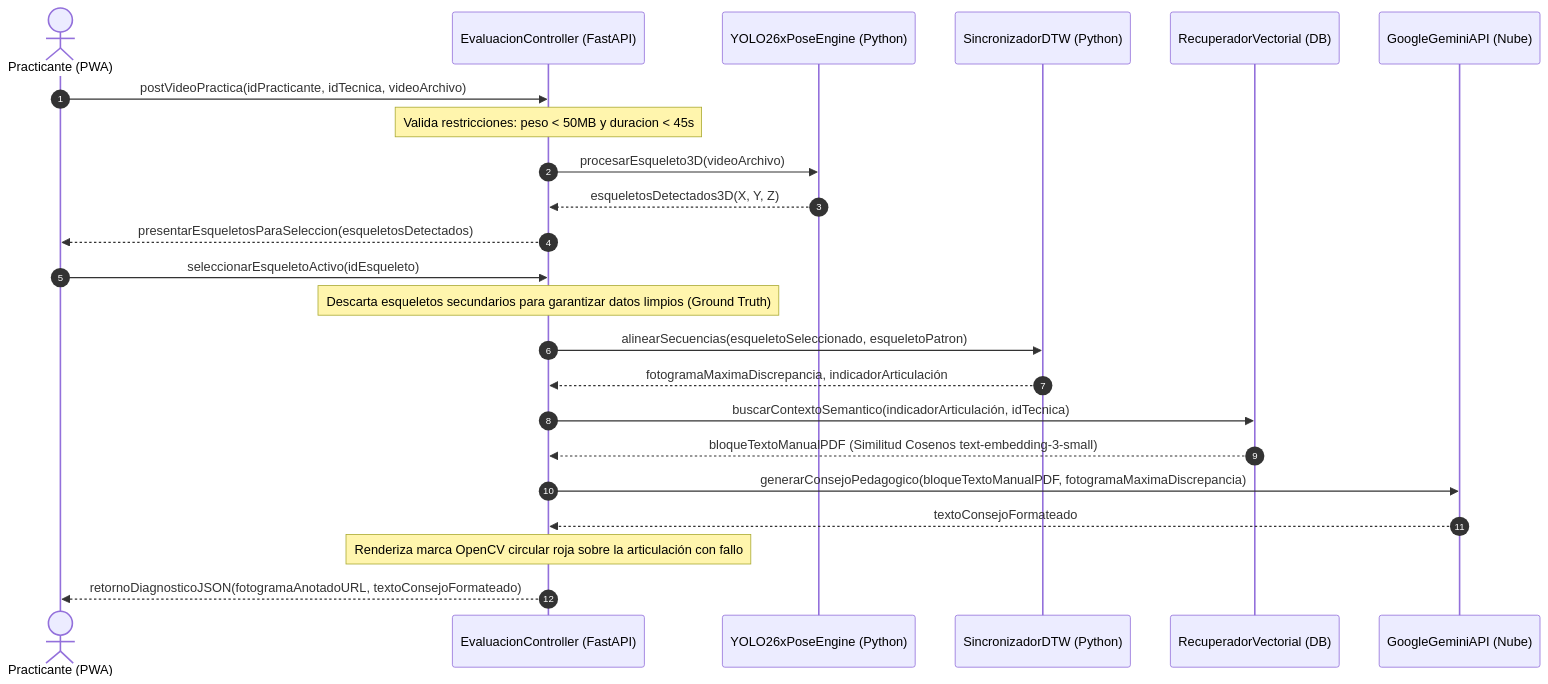
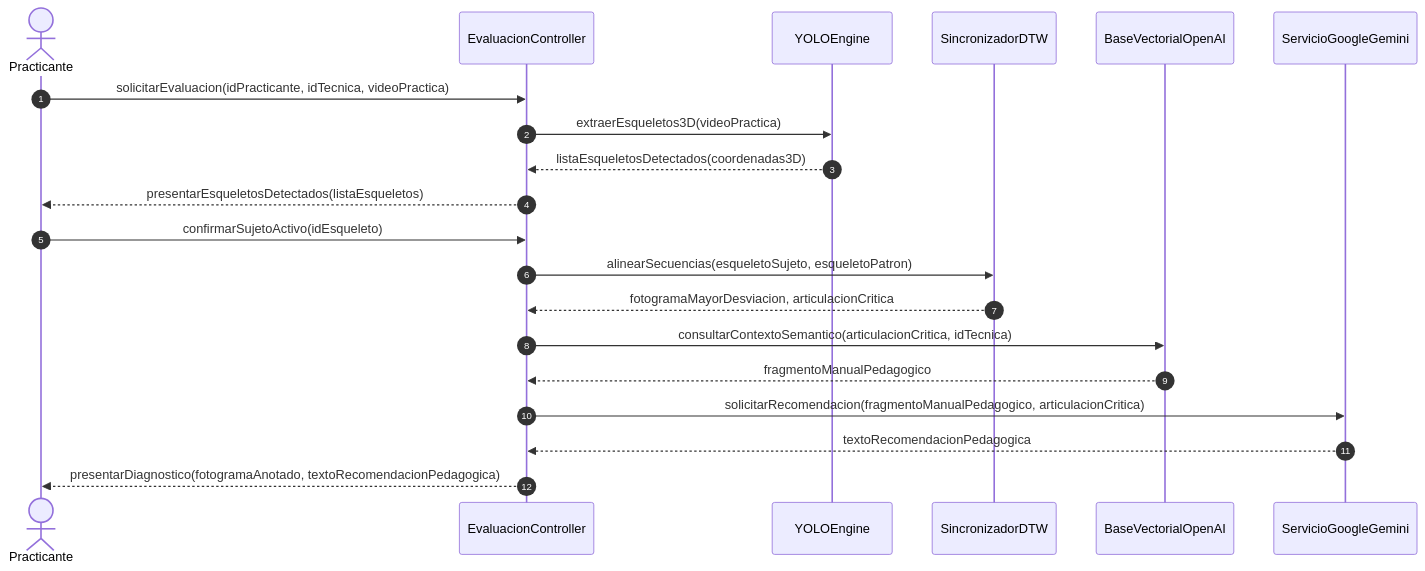
Before and after one commit to Tsmrain/JiuJitsu: the sixth of 7 diagrams in README.md, drawn with Mermaid. The commit also changed other lines of this file, not shown here.

````diff
--- a/README.md
+++ b/README.md
@@ -504,26 +524,23 @@
 ```mermaid
 sequenceDiagram
     autonumber
-    actor P as Practicante (PWA)
-    participant C as EvaluacionController (FastAPI)
-    participant V as YOLO26xPoseEngine (Python)
-    participant D as SincronizadorDTW (Python)
-    participant R as RecuperadorVectorial (DB)
-    participant G as GoogleGeminiAPI (Nube)
+    actor P as Practicante
+    participant C as EvaluacionController
+    participant V as YOLOEngine
+    participant D as SincronizadorDTW
+    participant R as BaseVectorialOpenAI
+    participant G as ServicioGoogleGemini
 
-    P->>C: postVideoPractica(idPracticante, idTecnica, videoArchivo)
-    Note over C: Valida restricciones: peso < 50MB y duracion < 45s
-    C->>V: procesarEsqueleto3D(videoArchivo)
-    V-->>C: esqueletosDetectados3D(X, Y, Z)
-    C-->>P: presentarEsqueletosParaSeleccion(esqueletosDetectados)
-    P->>C: seleccionarEsqueletoActivo(idEsqueleto)
-    Note over C: Descarta esqueletos secundarios para garantizar datos limpios (Ground Truth)
-    C->>D: alinearSecuencias(esqueletoSeleccionado, esqueletoPatron)
-    D-->>C: fotogramaMaximaDiscrepancia, indicadorArticulación
-    C->>R: buscarContextoSemantico(indicadorArticulación, idTecnica)
-    R-->>C: bloqueTextoManualPDF (Similitud Cosenos text-embedding-3-small)
-    C->>G: generarConsejoPedagogico(bloqueTextoManualPDF, fotogramaMaximaDiscrepancia)
-    G-->>C: textoConsejoFormateado
-    Note over C: Renderiza marca OpenCV circular roja sobre la articulación con fallo
-    C-->>P: retornoDiagnosticoJSON(fotogramaAnotadoURL, textoConsejoFormateado)
+    P->>C: solicitarEvaluacion(idPracticante, idTecnica, videoPractica)
+    C->>V: extraerEsqueletos3D(videoPractica)
+    V-->>C: listaEsqueletosDetectados(coordenadas3D)
+    C-->>P: presentarEsqueletosDetectados(listaEsqueletos)
+    P->>C: confirmarSujetoActivo(idEsqueleto)
+    C->>D: alinearSecuencias(esqueletoSujeto, esqueletoPatron)
+    D-->>C: fotogramaMayorDesviacion, articulacionCritica
+    C->>R: consultarContextoSemantico(articulacionCritica, idTecnica)
+    R-->>C: fragmentoManualPedagogico
+    C->>G: solicitarRecomendacion(fragmentoManualPedagogico, articulacionCritica)
+    G-->>C: textoRecomendacionPedagogica
+    C-->>P: presentarDiagnostico(fotogramaAnotado, textoRecomendacionPedagogica)
 ```
````
